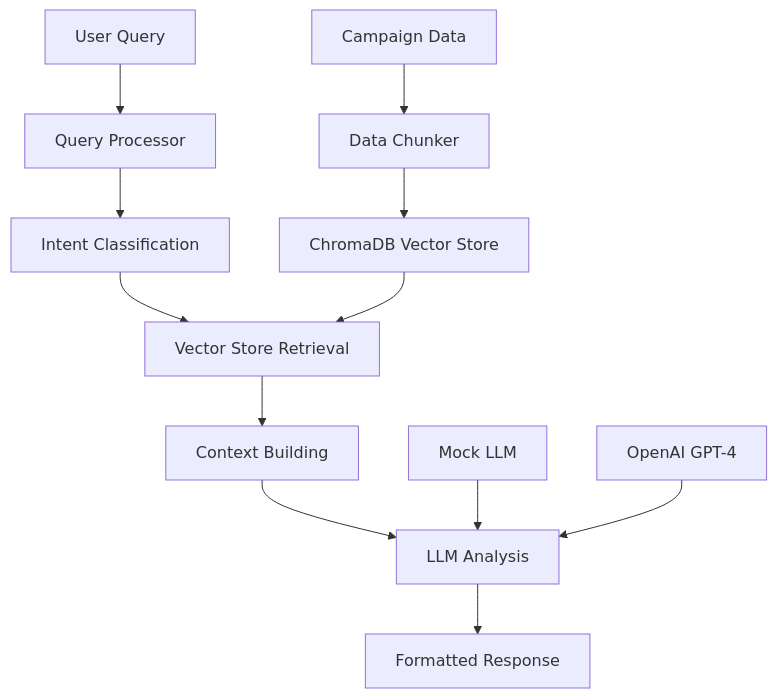
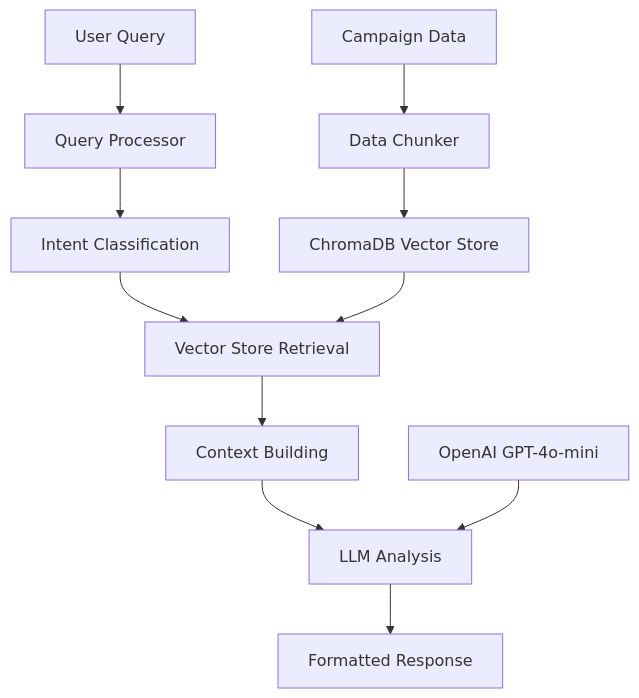
The diagram in README.md (pdeepam/RAGMetaAdsAnalyst), drawn with Mermaid before and after one commit. The commit also changed other lines of this file, not shown here.

````diff
--- a/README.md
+++ b/README.md
@@ -47,16 +48,15 @@
 ```mermaid
 graph TB
     A[User Query] --> B[Query Processor]
     B --> C[Intent Classification]
     C --> D[Vector Store Retrieval]
     D --> E[Context Building]
     E --> F[LLM Analysis]
     F --> G[Formatted Response]
     
     H[Campaign Data] --> I[Data Chunker]
     I --> J[ChromaDB Vector Store]
     J --> D
     
-    K[Mock LLM] --> F
-    L[OpenAI GPT-4] --> F
+    L[OpenAI GPT-4o-mini] --> F
 ```
````
